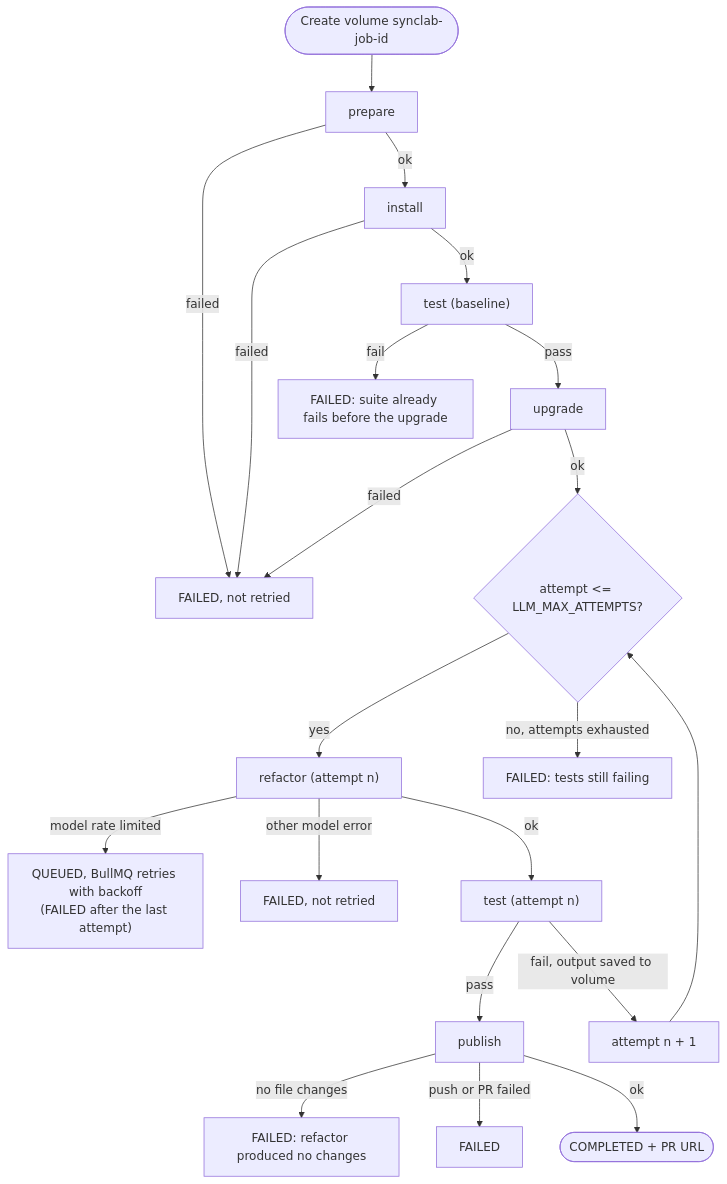
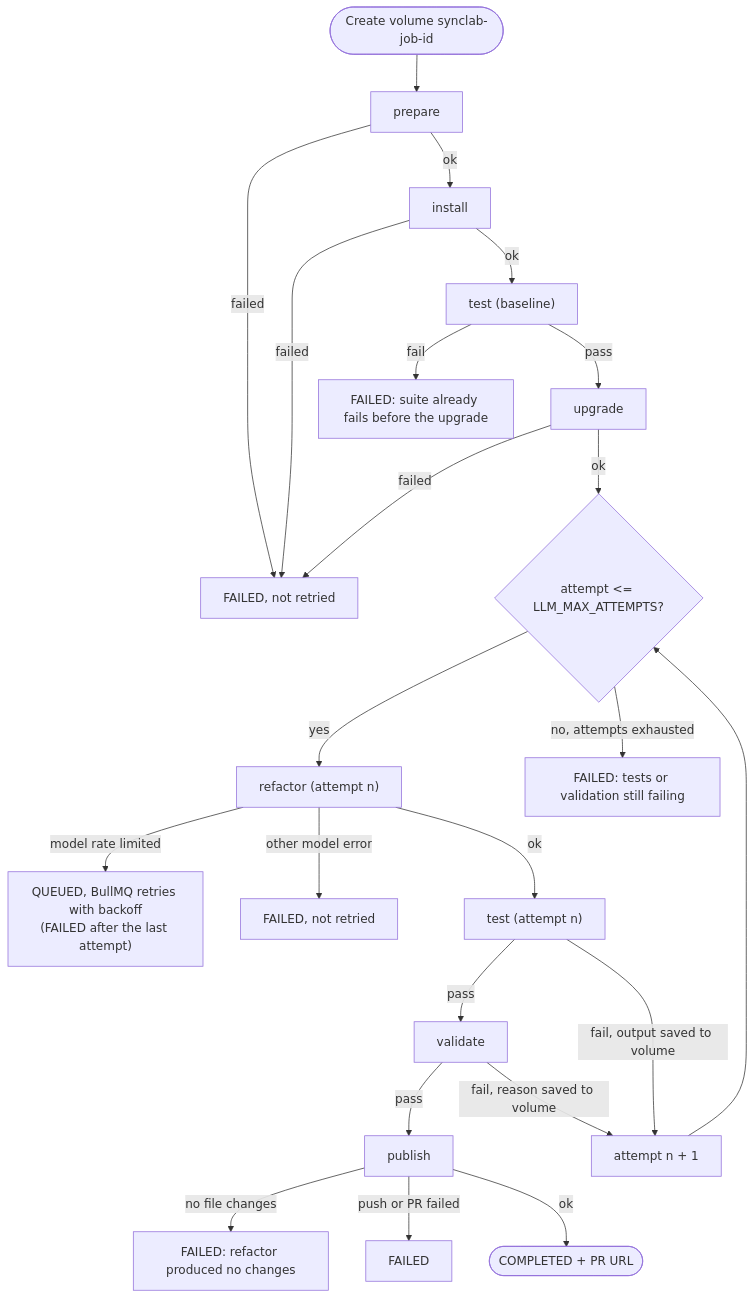
Before and after one commit to kiet08hogit/SyncLab: the fifth of 6 diagrams in README.md, drawn with Mermaid. The commit also changed other lines of this file and 27 other files, not shown here.

First line of the commit message:
feat(sandbox): validate a migration after its tests pass

````diff
--- a/README.md
+++ b/README.md
@@ -221,22 +221,24 @@
 ```mermaid
 flowchart TD
     START(["Create volume synclab-job-id"]) --> PREP["prepare"]
     PREP -- failed --> F1["FAILED, not retried"]
     PREP -- ok --> INST["install"]
     INST -- failed --> F1
     INST -- ok --> BASE["test (baseline)"]
     BASE -- fail --> F0["FAILED: suite already fails before the upgrade"]
     BASE -- pass --> UPG["upgrade"]
     UPG -- failed --> F1
     UPG -- ok --> LOOP{"attempt <= LLM_MAX_ATTEMPTS?"}
     LOOP -- yes --> REF["refactor (attempt n)"]
     REF -- "model rate limited" --> F2["QUEUED, BullMQ retries with backoff<br/>(FAILED after the last attempt)"]
     REF -- "other model error" --> F3["FAILED, not retried"]
     REF -- ok --> TEST["test (attempt n)"]
-    TEST -- pass --> PUB["publish"]
+    TEST -- pass --> VAL["validate"]
     TEST -- "fail, output saved to volume" --> NEXT["attempt n + 1"] --> LOOP
-    LOOP -- "no, attempts exhausted" --> F4["FAILED: tests still failing"]
+    VAL -- pass --> PUB["publish"]
+    VAL -- "fail, reason saved to volume" --> NEXT
+    LOOP -- "no, attempts exhausted" --> F4["FAILED: tests or validation still failing"]
     PUB -- "no file changes" --> F5["FAILED: refactor produced no changes"]
     PUB -- "push or PR failed" --> F6["FAILED"]
     PUB -- ok --> DONE(["COMPLETED + PR URL"])
 ```
````
